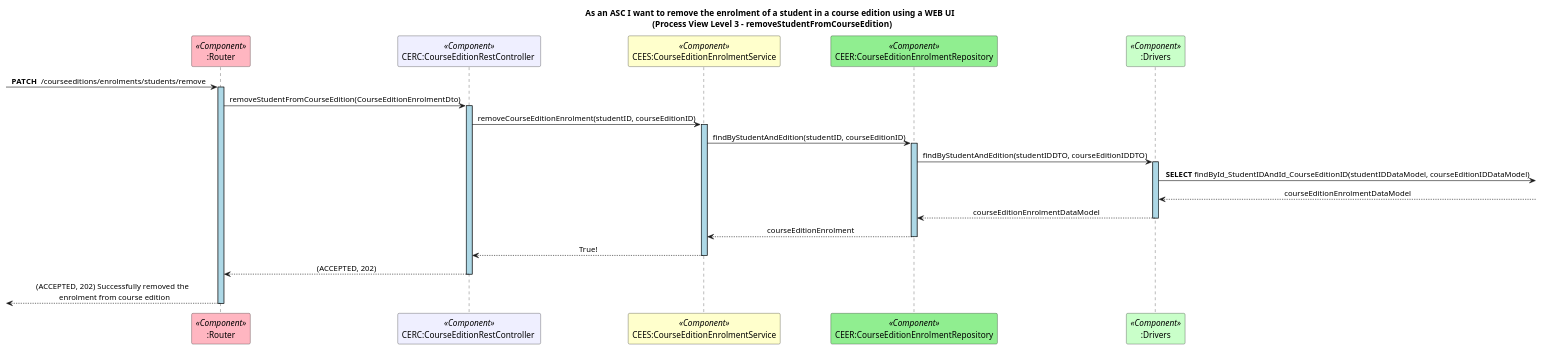
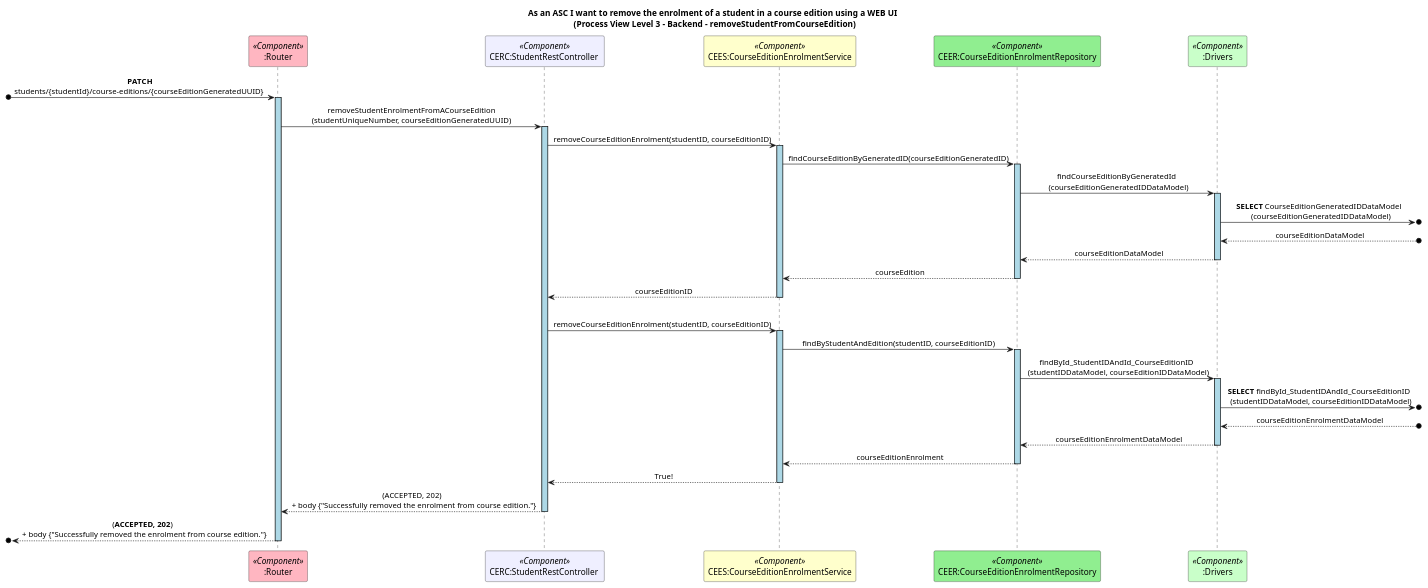
Before and after one commit to GasparISEP/DevOps-PAI: the diagram in docs/US35/ProcessView/Level3-removeStudentFromCourseEdition.puml, drawn with PlantUML. The commit also changed 3 other files, not shown here.

Commit message:
Updated Process View level 3 diagrams with most recent method's implementations - US35. Refs #654, #657

```diff
--- a/docs/US35/ProcessView/Level3-removeStudentFromCourseEdition.puml
+++ b/docs/US35/ProcessView/Level3-removeStudentFromCourseEdition.puml
@@ -1,29 +1,37 @@
 @startuml
 
-title As an ASC I want to remove the enrolment of a student in a course edition using a WEB UI \n (Process View Level 3 - removeStudentFromCourseEdition)
+title As an ASC I want to remove the enrolment of a student in a course edition using a WEB UI \n (Process View Level 3 - Backend - removeStudentFromCourseEdition)
 
 
 skinparam sequenceMessageAlign center
 skinparam sequenceLifeLineBackgroundColor lightblue
 
 participant ":Router" as RT <<Component>> #lightpink
-participant "CERC:CourseEditionRestController " as C <<Component>> #motivation
+participant "CERC:StudentRestController " as C <<Component>> #motivation
 participant "CEES:CourseEditionEnrolmentService" as S <<Component>> #business
 participant "CEER:CourseEditionEnrolmentRepository" as RP <<Component>> #lightgreen
 participant ":Drivers" as D <<Component>> #technology
 
- -> RT ++: **PATCH**  /courseeditions/enrolments/students/remove \t
- '/course-editions/{id}/students/{id}/
- RT -> C ++: removeStudentFromCourseEdition(CourseEditionEnrolmentDto)
+ [o-> RT ++: **PATCH**  \nstudents/{studentId}/course-editions/{courseEditionGeneratedUUID} \t
+ RT -> C ++: removeStudentEnrolmentFromACourseEdition\n(studentUniqueNumber, courseEditionGeneratedUUID)
  C -> S ++: removeCourseEditionEnrolment(studentID, courseEditionID)
- S -> RP ++: findByStudentAndEdition(studentID, courseEditionID)
- RP -> D ++: findByStudentAndEdition(studentIDDTO, courseEditionIDDTO)
- D -> : **SELECT** findById_StudentIDAndId_CourseEditionID(studentIDDataModel, courseEditionIDDataModel)
+ S -> RP ++: findCourseEditionByGeneratedID(courseEditionGeneratedID)
+ RP -> D ++: findCourseEditionByGeneratedId \n (courseEditionGeneratedIDDataModel)
+ D ->o] : **SELECT** CourseEditionGeneratedIDDataModel \n (courseEditionGeneratedIDDataModel)
 
- D <--  : courseEditionEnrolmentDataModel
- D --> RP --: courseEditionEnrolmentDataModel
- RP --> S --: courseEditionEnrolment
- S --> C --: True!
- C --> RT --: (ACCEPTED, 202)
-  <-- RT --: (ACCEPTED, 202) Successfully removed the \n enrolment from course edition
+ D <--o]  : courseEditionDataModel
+ D --> RP --: courseEditionDataModel
+ RP --> S --: courseEdition
+ S --> C --: courseEditionID
+ |||
+ C -> S ++ : removeCourseEditionEnrolment(studentID, courseEditionID)
+ S -> RP ++ : findByStudentAndEdition(studentID, courseEditionID)
+ RP -> D ++ : findById_StudentIDAndId_CourseEditionID \n (studentIDDataModel, courseEditionIDDataModel)
+ D ->o] : **SELECT** findById_StudentIDAndId_CourseEditionID \n (studentIDDataModel, courseEditionIDDataModel)
+ D <--o] : courseEditionEnrolmentDataModel
+ D --> RP -- : courseEditionEnrolmentDataModel
+ RP --> S -- : courseEditionEnrolment
+ S --> C -- : True!
+ C --> RT --: (ACCEPTED, 202) \n + body {"Successfully removed the enrolment from course edition."}
+  [o<-- RT --: (**ACCEPTED, 202**) \n + body {"Successfully removed the enrolment from course edition."}
 @enduml
```
